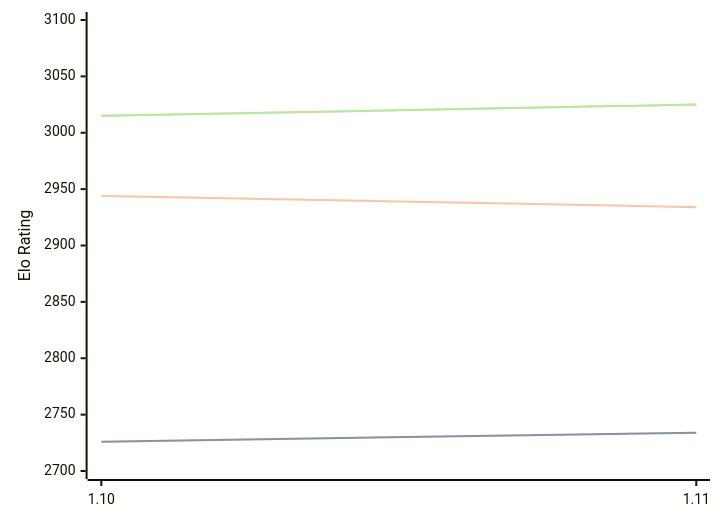
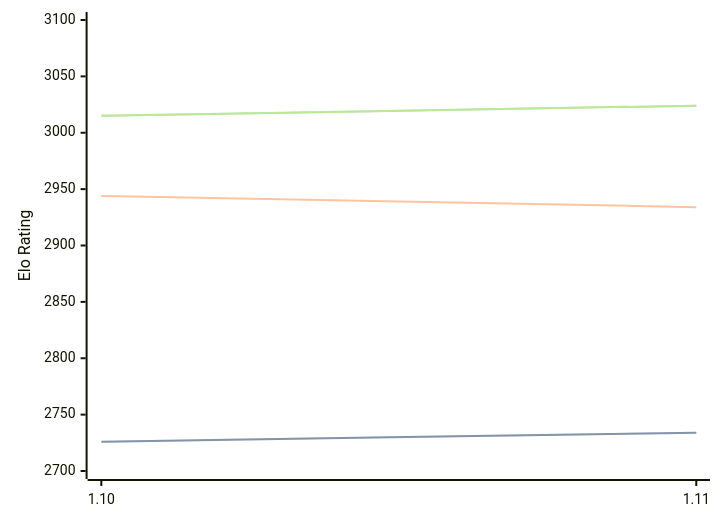
One commit to computer-chess-index/cci changed the diagram in engines/Roc.md. Above: the diagram before and after it, drawn with Mermaid. The commit also changed other lines of this file, not shown here.

Commit message:
Update CCI Ratings (ELO VLTC) - 2026-07-21

````diff
--- a/engines/Roc.md
+++ b/engines/Roc.md
@@ -65,11 +65,11 @@
 ```mermaid
 %%{init: {"theme":"base","themeVariables":{"seriesColors:['#a3a3a3','#222221','#faa371']}}}%%
 xychart-beta
   x-axis ["1.10", "1.11"]
   y-axis "Elo Rating" 2700 --> 3100
   line "STC (8.0+0.08s)" [2726, 2734]
   line "STC (8.0+0.08s)" [2726, 2734]
   line "LTC (60.0+0.60s)" [2944, 2934]
-  line "VLTC (2m24s+1.12s)" [3015, 3025]
-  line "VLTC (2m24s+1.12s)" [3015, 3025]
+  line "VLTC (2m24s+1.12s)" [3015, 3024]
+  line "VLTC (2m24s+1.12s)" [3015, 3024]
 ```
````
